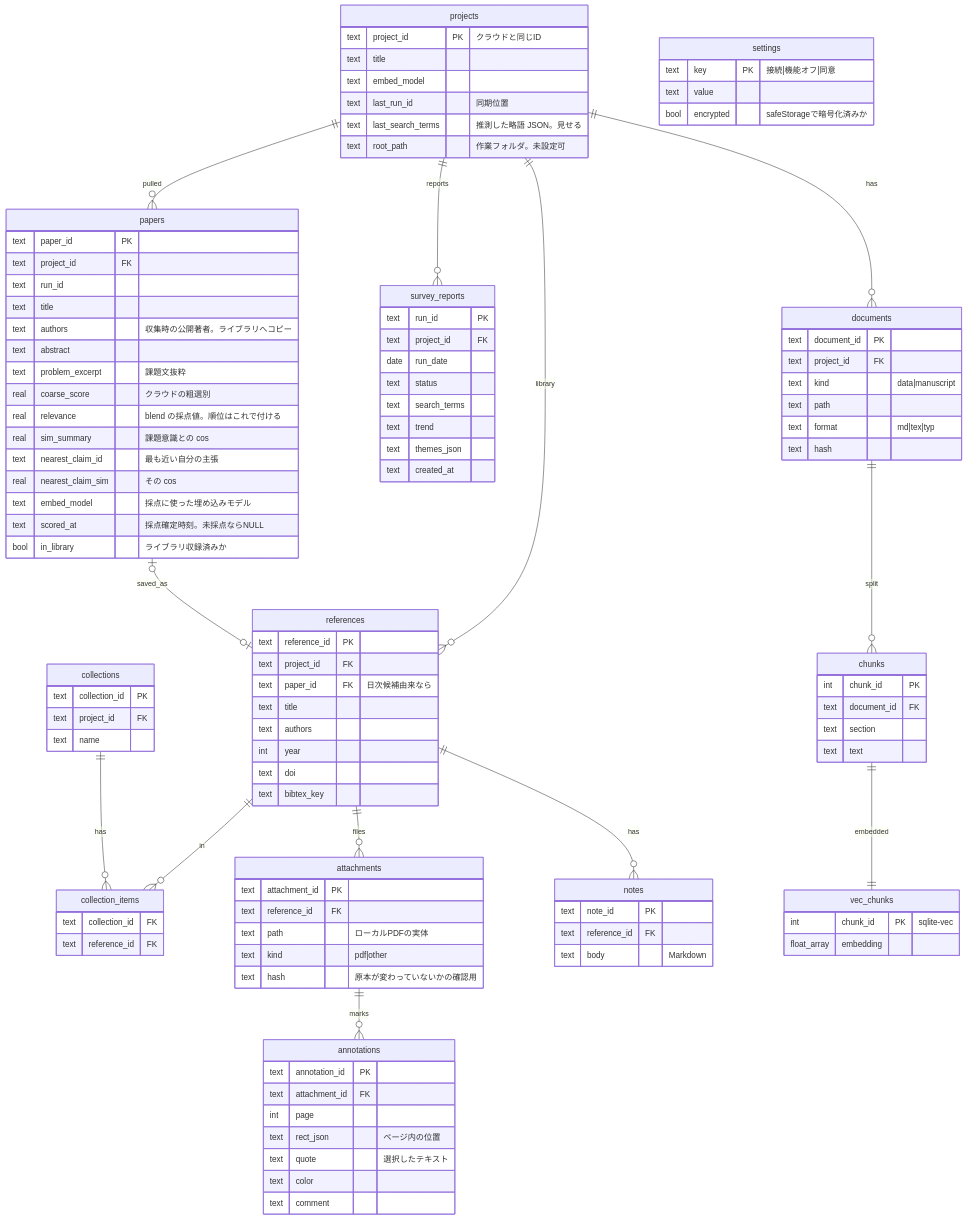
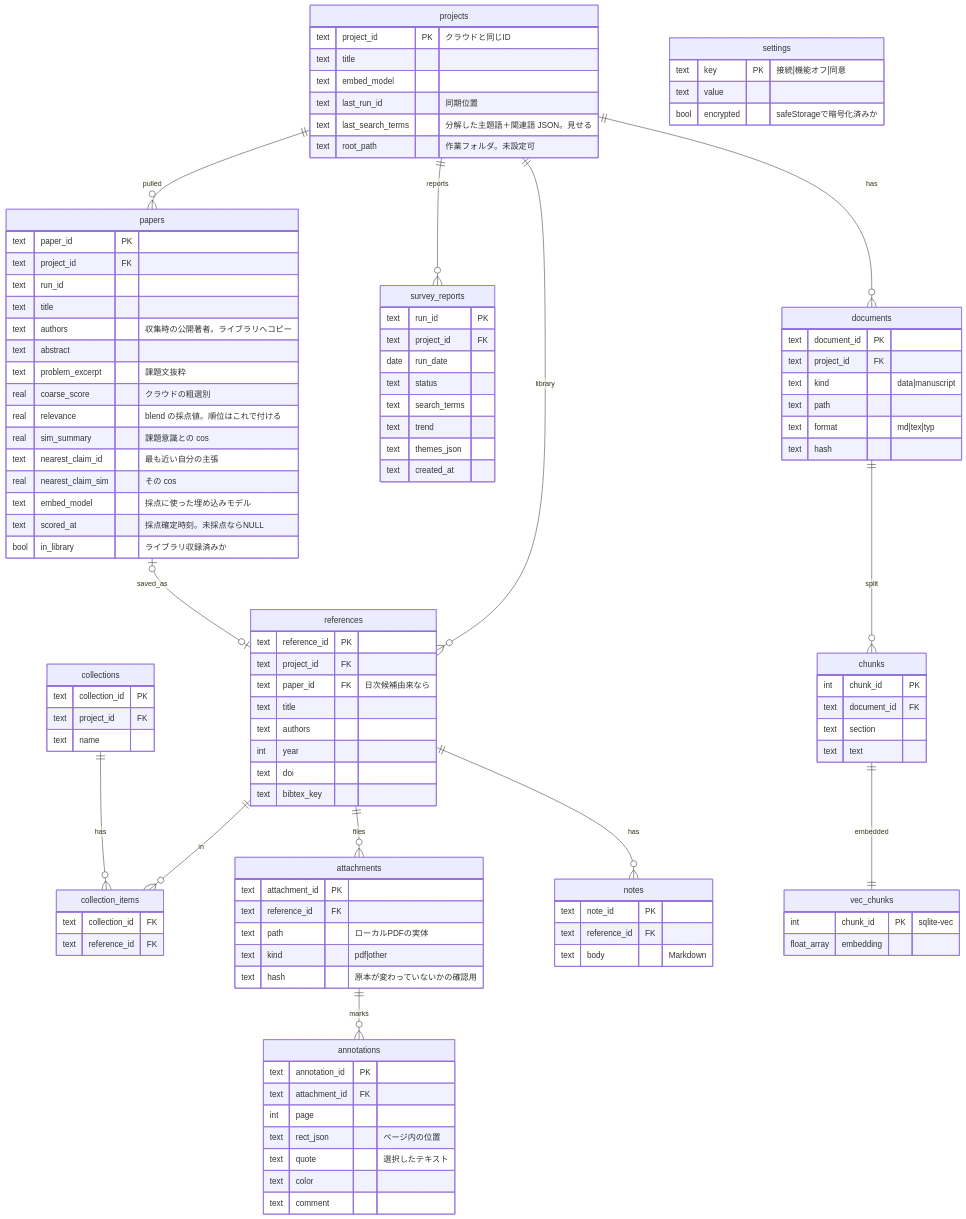
One commit to uzak0209/AI-Research changed the second of 2 diagrams in docs/er-diagram.md. Above: the diagram before and after it, drawn with Mermaid. The commit also changed other lines of this file and 6 other files, not shown here.

```diff
--- a/docs/er-diagram.md
+++ b/docs/er-diagram.md
@@ -120,7 +120,7 @@
         text title
         text embed_model
         text last_run_id "同期位置"
-        text last_search_terms "推測した略語 JSON。見せる"
+        text last_search_terms "分解した主題語＋関連語 JSON。見せる"
         text root_path "作業フォルダ。未設定可"
     }
     papers {
```
